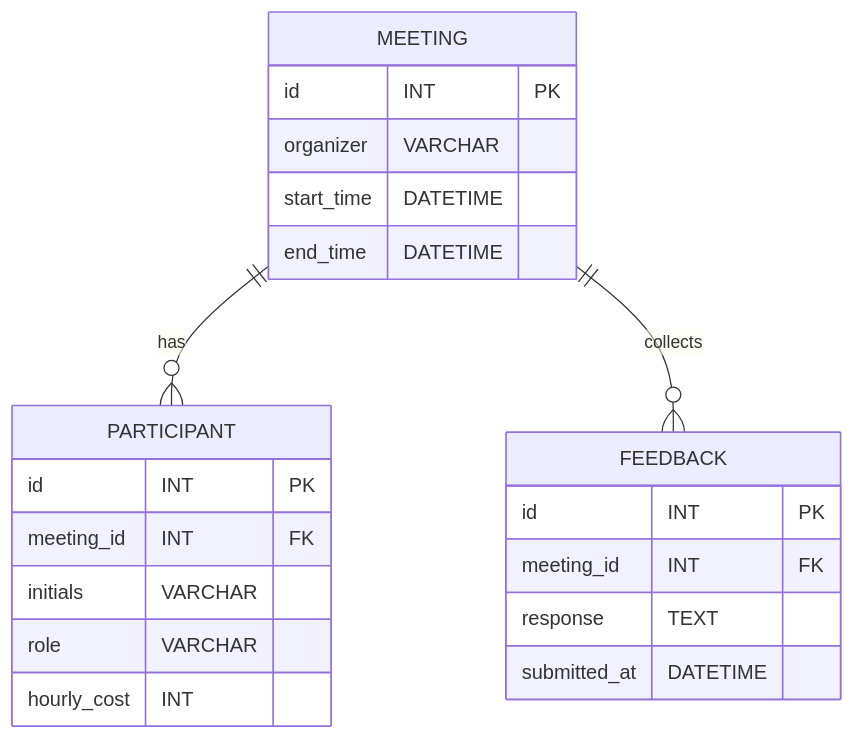
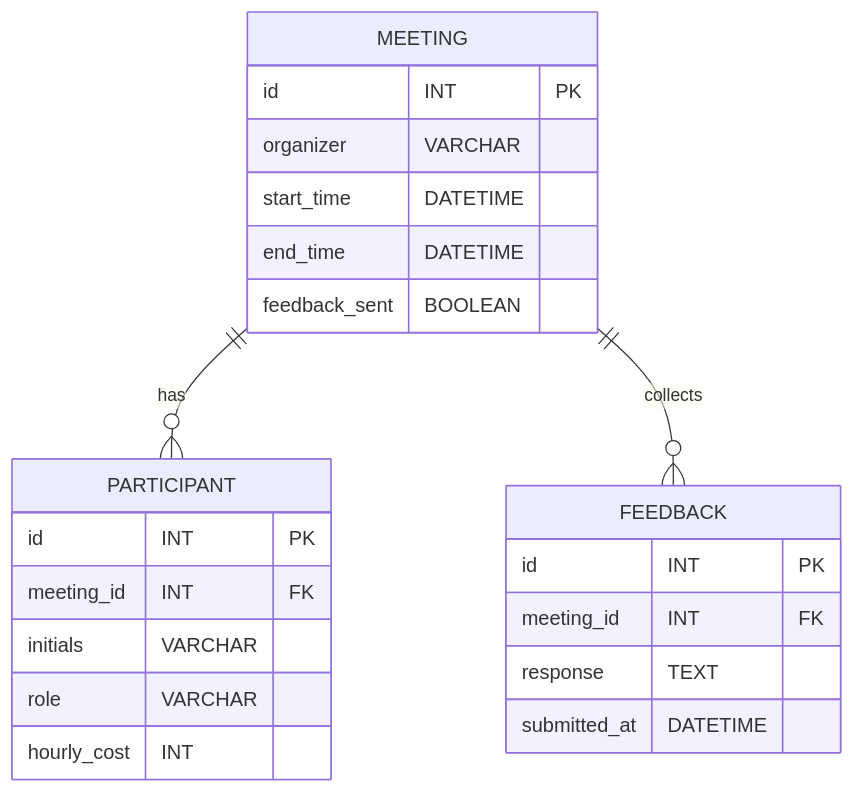
One commit to Morsianeren/meeting-calculator-bot changed the diagram in doc/database-structure.md. Above: the diagram before and after it, drawn with Mermaid. The commit also changed 2 other files, not shown here.

Commit message:
Change docs and requirements to have a single database

````diff
--- a/doc/database-structure.md
+++ b/doc/database-structure.md
@@ -3,24 +3,25 @@
 ```mermaid
 erDiagram
     MEETING {
         id INT PK
         organizer VARCHAR
         start_time DATETIME
         end_time DATETIME
+        feedback_sent BOOLEAN
     }
     PARTICIPANT {
         id INT PK
         meeting_id INT FK
         initials VARCHAR
         role VARCHAR
         hourly_cost INT
     }
     FEEDBACK {
         id INT PK
         meeting_id INT FK
         response TEXT
         submitted_at DATETIME
     }
     MEETING ||--o{ PARTICIPANT : has
     MEETING ||--o{ FEEDBACK : collects
 ```
````
